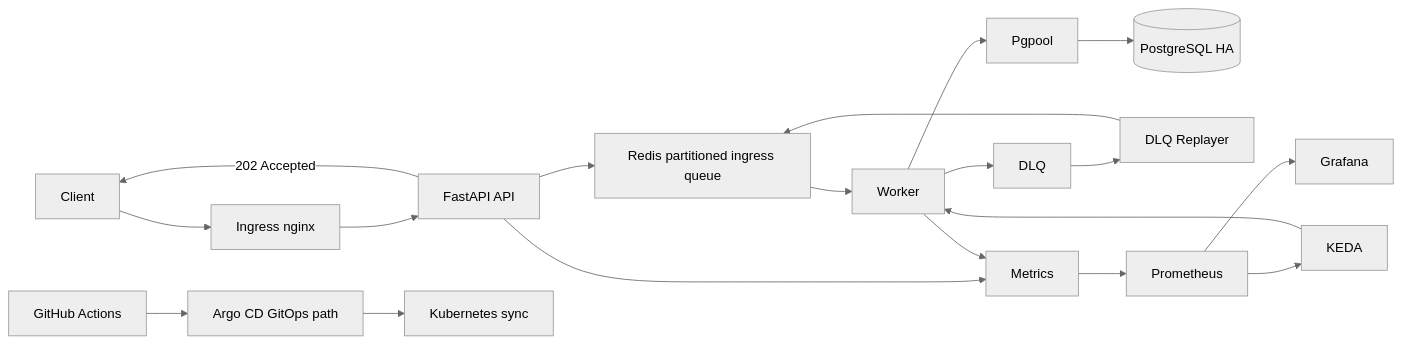
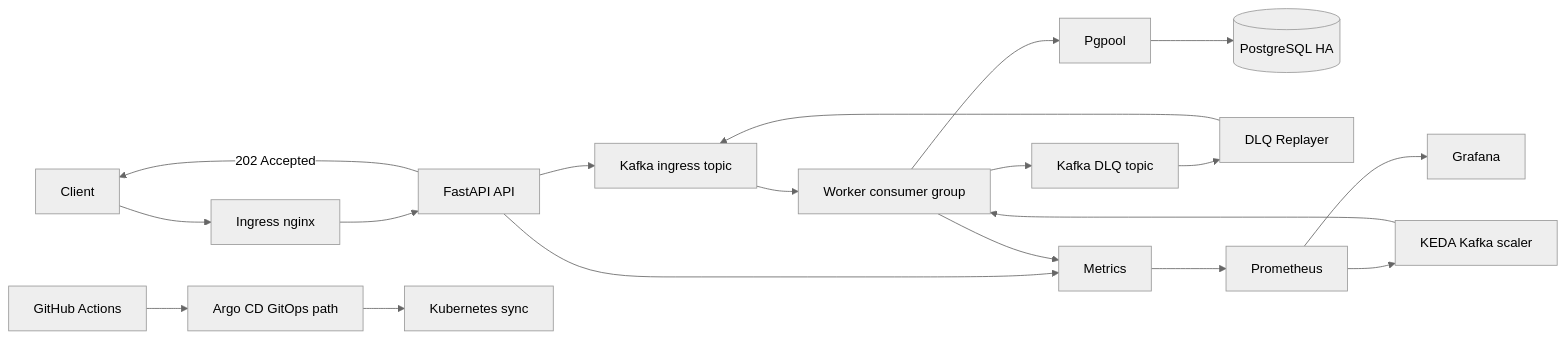
The diagram in README.md (Jangwanko/Cloud_portfolio), drawn with Mermaid (neutral theme) before and after one commit. The commit also changed other lines of this file and 59 other files, not shown here.

````diff
--- a/README.md
+++ b/README.md
@@ -9,24 +8,24 @@
 ```mermaid
 flowchart LR
     Client[Client] --> Ingress[Ingress nginx]
     Ingress --> API[FastAPI API]
     API -->|202 Accepted| Client
-    API --> Queue[Redis partitioned ingress queue]
-    Queue --> Worker[Worker]
+    API --> Kafka[Kafka ingress topic]
+    Kafka --> Worker[Worker consumer group]
     Worker --> Pgpool[Pgpool]
     Pgpool --> DB[(PostgreSQL HA)]
 
-    Worker --> DLQ[DLQ]
+    Worker --> DLQ[Kafka DLQ topic]
     DLQ --> Replayer[DLQ Replayer]
-    Replayer --> Queue
+    Replayer --> Kafka
 
     API --> Metrics[Metrics]
     Worker --> Metrics
     Metrics --> Prometheus[Prometheus]
     Prometheus --> Grafana[Grafana]
-    Prometheus --> KEDA[KEDA]
+    Prometheus --> KEDA[KEDA Kafka scaler]
     KEDA --> Worker
 
     GitHub[GitHub Actions] --> Argo[Argo CD GitOps path]
     Argo --> K8s[Kubernetes sync]
 ```
````
